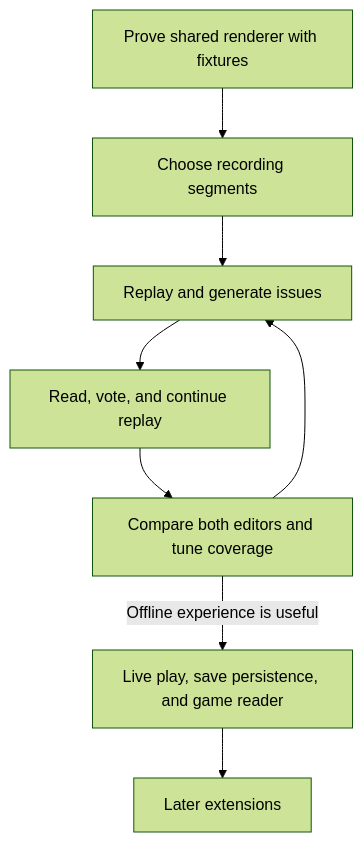
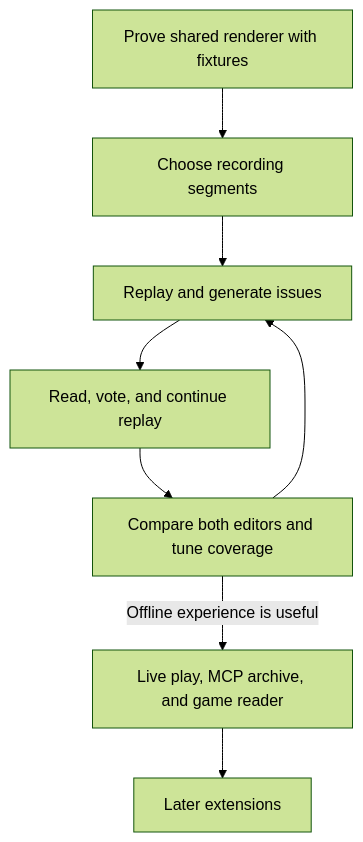
The third of 3 diagrams in docs/plans/newspaper/spec.md (vox-deorum/vox-deorum), drawn with Mermaid (forest theme) before and after one commit. The commit also changed other lines of this file and 16 other files, not shown here.

````diff
--- a/docs/plans/newspaper/spec.md
+++ b/docs/plans/newspaper/spec.md
@@ -427,10 +427,10 @@
 ```mermaid
 flowchart TD
     R[Prove shared renderer with fixtures] --> A
     A[Choose recording segments] --> B[Replay and generate issues]
     B --> C[Read, vote, and continue replay]
     C --> D[Compare both editors and tune coverage]
     D --> B
-    D -->|Offline experience is useful| E[Live play, save persistence, and game reader]
+    D -->|Offline experience is useful| E[Live play, MCP archive, and game reader]
     E --> F[Later extensions]
 ```
````
